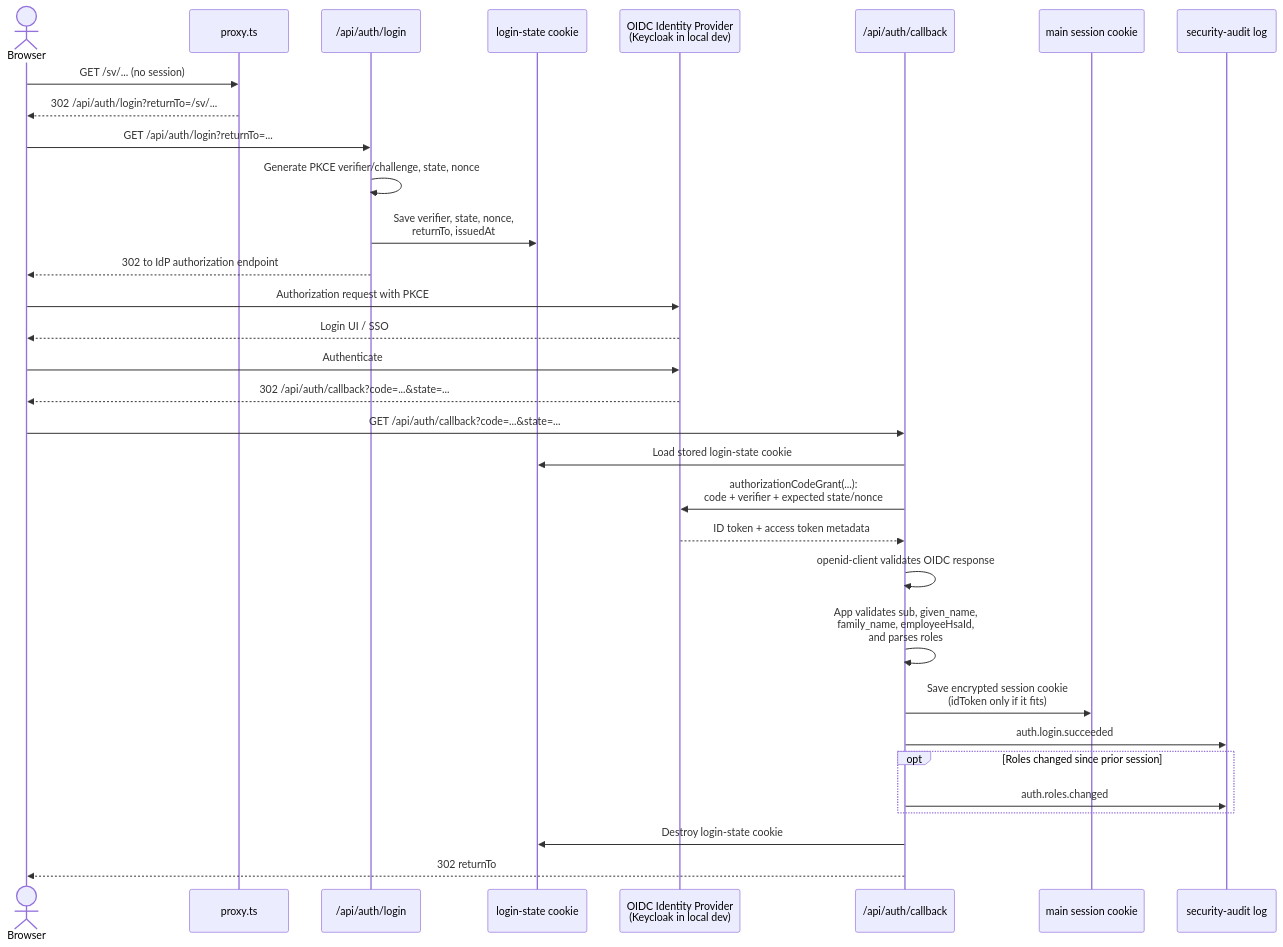
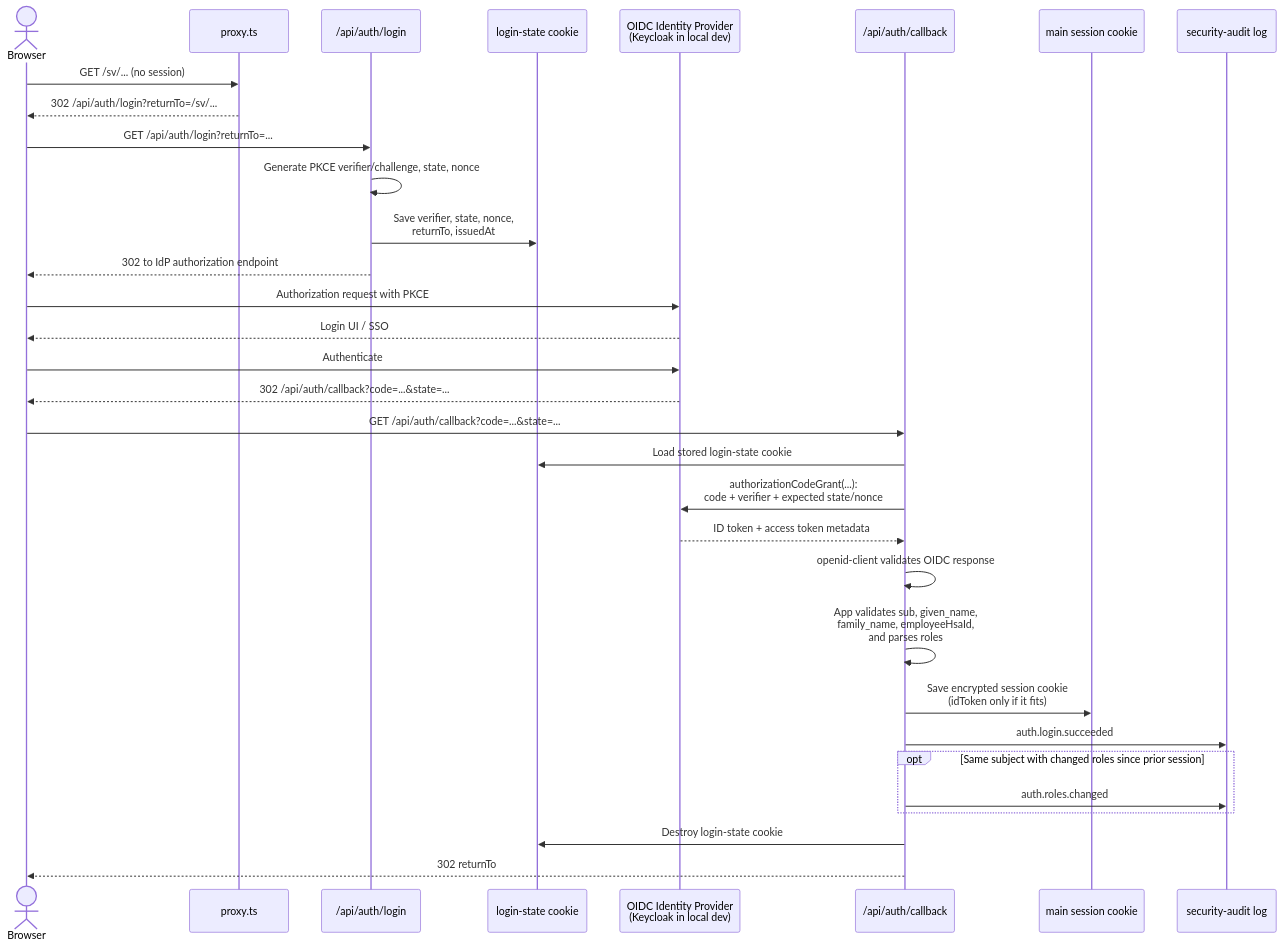
One commit to johlju/Kravhantering changed the first of 2 diagrams in docs/security-privacy/auth-how-it-works.md. Above: the diagram before and after it, drawn with Mermaid. The commit also changed other lines of this file and 76 other files, not shown here.

````diff
--- a/docs/security-privacy/auth-how-it-works.md
+++ b/docs/security-privacy/auth-how-it-works.md
@@ -65,38 +61,38 @@
 ```mermaid
 sequenceDiagram
     actor Browser
     participant Proxy as proxy.ts
     participant Login as /api/auth/login
     participant LoginState as login-state cookie
     participant IdP as OIDC Identity Provider<br/>(Keycloak in local dev)
     participant Callback as /api/auth/callback
     participant Session as main session cookie
     participant Audit as security-audit log
 
     Browser->>Proxy: GET /sv/... (no session)
     Proxy-->>Browser: 302 /api/auth/login?returnTo=/sv/...
 
     Browser->>Login: GET /api/auth/login?returnTo=...
     Login->>Login: Generate PKCE verifier/challenge, state, nonce
     Login->>LoginState: Save verifier, state, nonce,<br/>returnTo, issuedAt
     Login-->>Browser: 302 to IdP authorization endpoint
 
     Browser->>IdP: Authorization request with PKCE
     IdP-->>Browser: Login UI / SSO
     Browser->>IdP: Authenticate
     IdP-->>Browser: 302 /api/auth/callback?code=...&state=...
 
     Browser->>Callback: GET /api/auth/callback?code=...&state=...
     Callback->>LoginState: Load stored login-state cookie
     Callback->>IdP: authorizationCodeGrant(...):<br/>code + verifier + expected state/nonce
     IdP-->>Callback: ID token + access token metadata
     Callback->>Callback: openid-client validates OIDC response
     Callback->>Callback: App validates sub, given_name,<br/>family_name, employeeHsaId,<br/>and parses roles
     Callback->>Session: Save encrypted session cookie<br/>(idToken only if it fits)
     Callback->>Audit: auth.login.succeeded
-    opt Roles changed since prior session
+    opt Same subject with changed roles since prior session
         Callback->>Audit: auth.roles.changed
     end
     Callback->>LoginState: Destroy login-state cookie
     Callback-->>Browser: 302 returnTo
 ```
````
